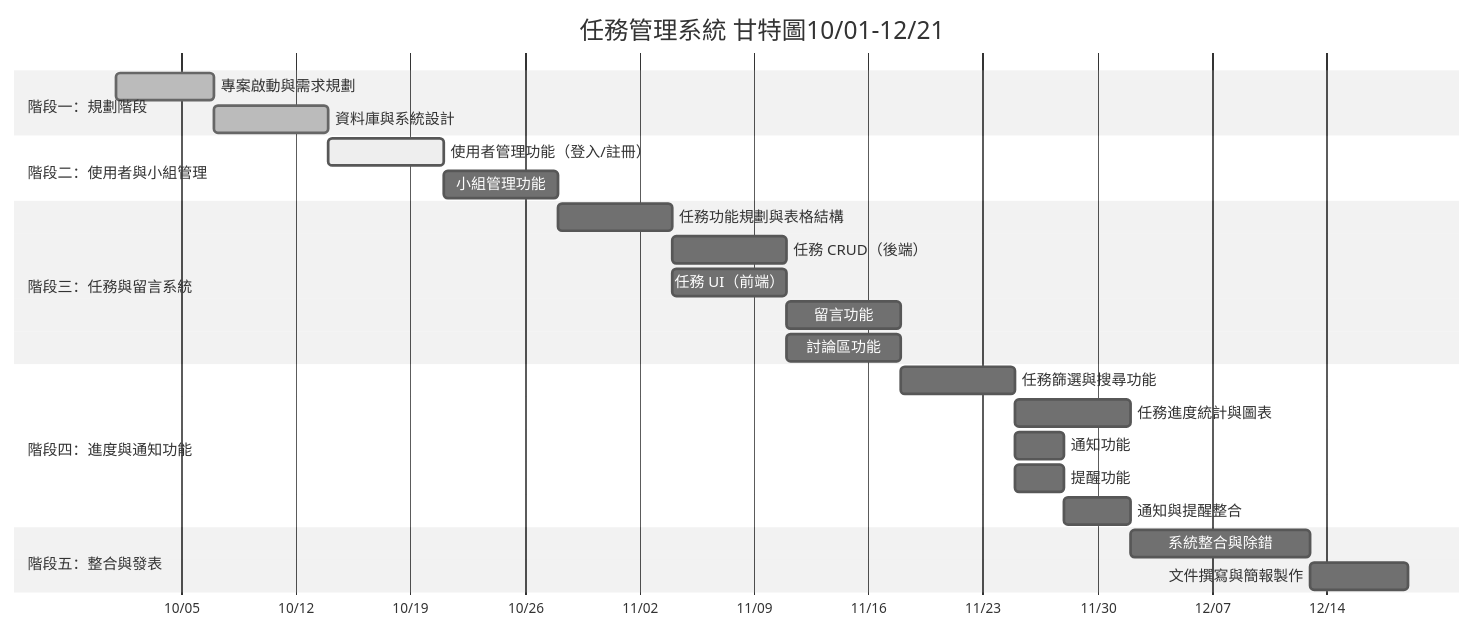
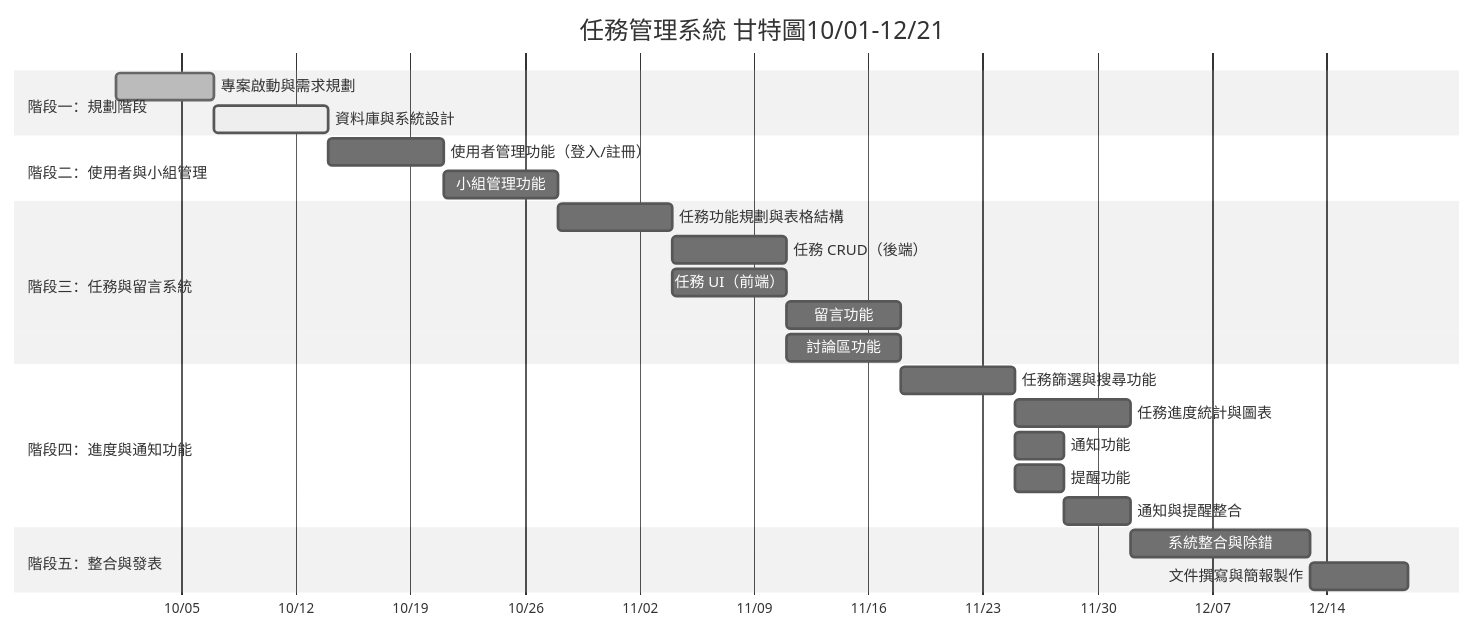
One commit to zhuang147/Task-Management changed the first of 2 diagrams in schedule.md. Above: the diagram before and after it, drawn with Mermaid (neutral theme).

````diff
--- a/schedule.md
+++ b/schedule.md
@@ -39,37 +39,37 @@
 ```mermaid
 gantt
     title 任務管理系統 甘特圖10/01-12/21
     dateFormat MM-DD
     axisFormat %m/%d
 
     %% 狀態說明：
     %% done: 灰色 (已完成)
     %% active: 深藍框淺藍底 (正在進行)
     %% 未指定: 預設顏色 (未開始)
 
     section 階段一：規劃階段
     專案啟動與需求規劃           :done, a1, 10-01, 6d
-    資料庫與系統設計             :done, a2, 10-07, 7d
+    資料庫與系統設計             :active, a2, 10-07, 7d
 
     section 階段二：使用者與小組管理
-    使用者管理功能（登入/註冊）    :active, b1, 10-14, 7d
+    使用者管理功能（登入/註冊）    :b1, 10-14, 7d
     小組管理功能                 :b2, 10-21, 7d
 
     section 階段三：任務與留言系統
     任務功能規劃與表格結構          :c1, 10-28, 7d
     任務 CRUD（後端）            :c2a, 11-04, 7d
     任務 UI（前端）               :c2b, 11-04, 7d
     留言功能                     :c3a, 11-11, 7d
     討論區功能                   :c3b, 11-11, 7d
 
     section 階段四：進度與通知功能
     任務篩選與搜尋功能             :d1, 11-18, 7d
     任務進度統計與圖表             :d2, 11-25, 7d
     通知功能                     :d3a, 11-25, 3d
     提醒功能                     :d3b, 11-25, 3d
     通知與提醒整合                :d3c, 11-28, 4d
 
     section 階段五：整合與發表
     系統整合與除錯                :e1, 12-02, 11d
     文件撰寫與簡報製作             :e2, 12-13, 6d
 ```
````
